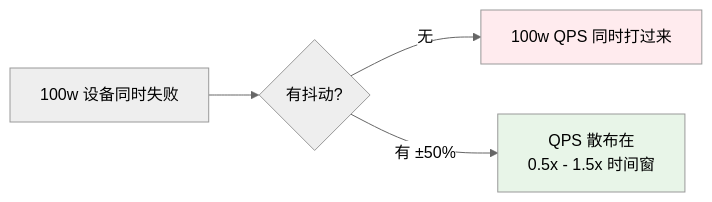
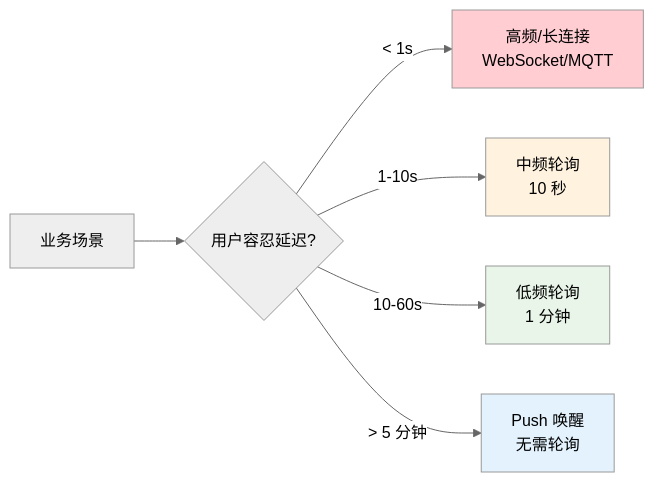
The second of 7 diagrams in docs/10.真经/05.方案设计思想/18.通用轮训方案设计.md (chongyang211/YCBookBlog), drawn with Mermaid (neutral theme) before and after one commit. The commit also changed other lines of this file and 36 other files, not shown here.

````diff
--- a/docs/10.真经/05.方案设计思想/18.通用轮训方案设计.md
+++ b/docs/10.真经/05.方案设计思想/18.通用轮训方案设计.md
@@ -257,9 +289,13 @@
 ```mermaid
 graph LR
-    A[100w 设备同时失败] --> B{有抖动?}
-    B -->|无| C[100w QPS 同时打过来]
-    B -->|有 ±50%| D[QPS 散布在<br/>0.5x - 1.5x 时间窗]
-    
-    style C fill:#ffebee
-    style D fill:#e8f5e8
+    A[业务场景] --> B{用户容忍延迟?}
+    B -->|< 1s| C[高频/长连接<br/>WebSocket/MQTT]
+    B -->|1-10s| D[中频轮询<br/>10 秒]
+    B -->|10-60s| E[低频轮询<br/>1 分钟]
+    B -->|> 5 分钟| F[Push 唤醒<br/>无需轮询]
+
+    style C fill:#ffcdd2
+    style D fill:#fff3e0
+    style E fill:#e8f5e8
+    style F fill:#e3f2fd
 ```
````
